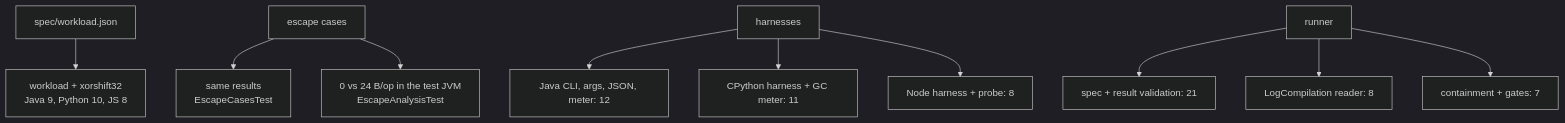
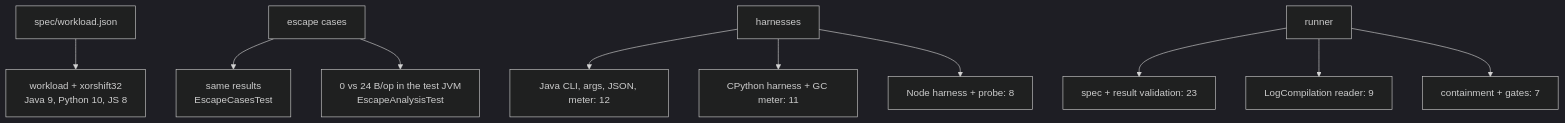
One commit to EquinoxWN/runtime-internals-lab changed the second of 2 diagrams in README.md. Above: the diagram before and after it, drawn with Mermaid (dark theme). The commit also changed other lines of this file and 4 other files, not shown here.

````diff
--- a/README.md
+++ b/README.md
@@ -152,7 +153,7 @@
 ```mermaid
 flowchart TB
   SP["spec/workload.json"] --> W["workload + xorshift32<br/>Java 9, Python 10, JS 8"]
   EC["escape cases"] --> EQ["same results<br/>EscapeCasesTest"] & EA["0 vs 24 B/op in the test JVM<br/>EscapeAnalysisTest"]
   H["harnesses"] --> HJ["Java CLI, args, JSON, meter: 12"] & HP["CPython harness + GC meter: 11"] & HN["Node harness + probe: 8"]
-  R["runner"] --> RV["spec + result validation: 21"] & RL["LogCompilation reader: 8"] & RG["containment + gates: 7"]
+  R["runner"] --> RV["spec + result validation: 23"] & RL["LogCompilation reader: 9"] & RG["containment + gates: 7"]
 ```
````
